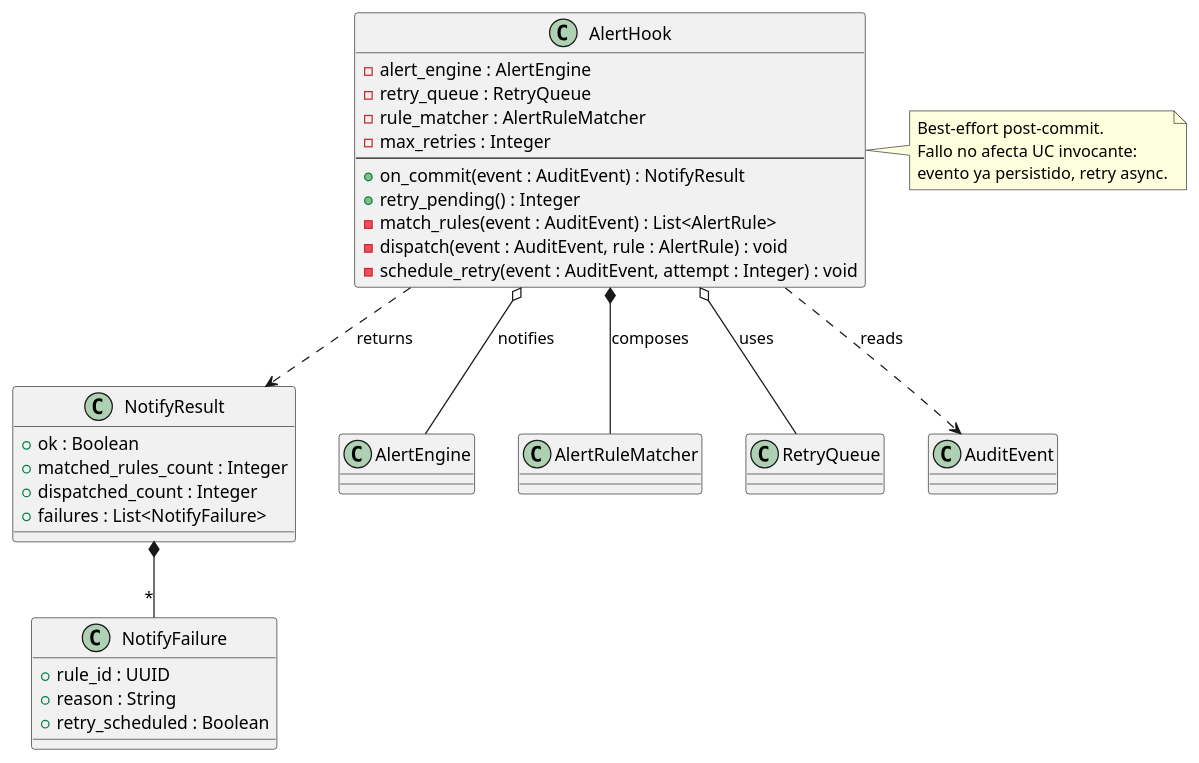
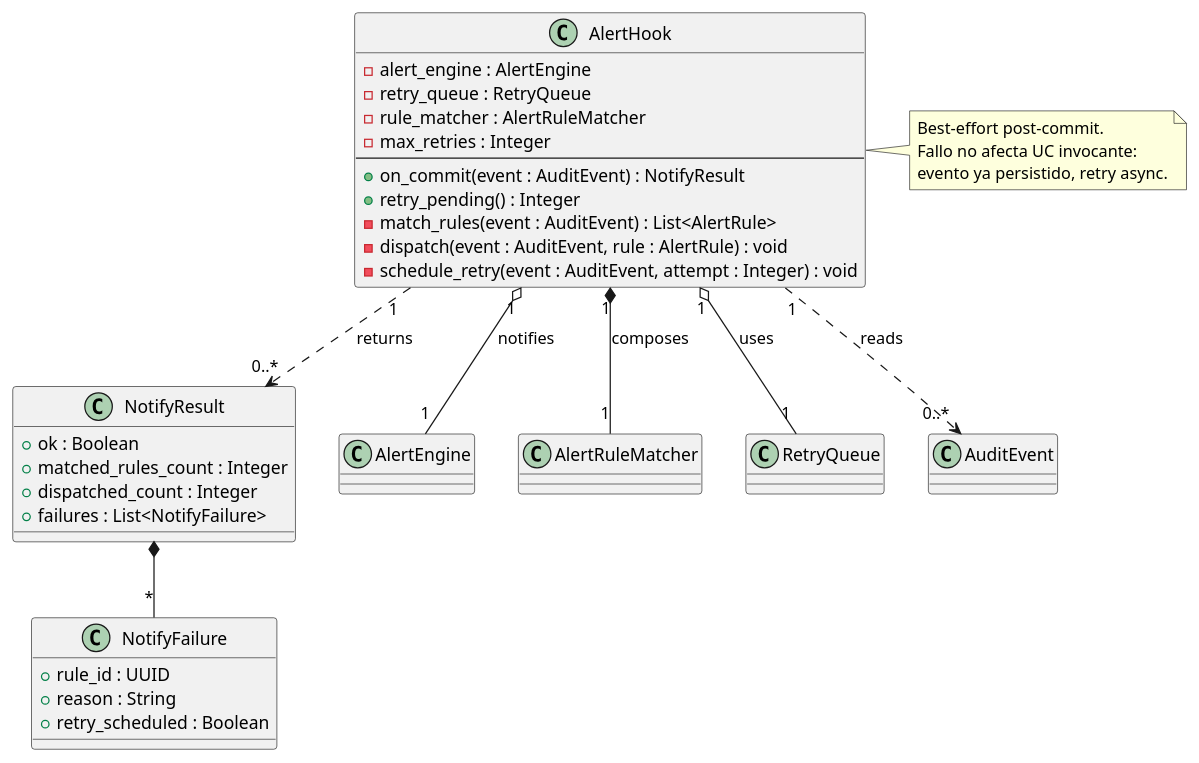
Before and after one commit to jcg-admin/IACT-docs: the diagram in source/arquitectura-tecnica/domain-model/alert-hook.rst, drawn with PlantUML. The commit also changed 44 other files, not shown here.

First line of the commit message:
Apply UML rigor pass batch 3: sweep multiplicities + checklist

```diff
--- a/source/arquitectura-tecnica/domain-model/alert-hook.rst
+++ b/source/arquitectura-tecnica/domain-model/alert-hook.rst
@@ -31,51 +31,51 @@
 .. uml::
  :caption: Clase AlertHook — puente Audit → Alerts disparado
            post-commit.
 
  @startuml
 
  class AlertHook {
    - alert_engine : AlertEngine
    - retry_queue : RetryQueue
    - rule_matcher : AlertRuleMatcher
    - max_retries : Integer
    --
    + on_commit(event : AuditEvent) : NotifyResult
    + retry_pending() : Integer
    - match_rules(event : AuditEvent) : List<AlertRule>
    - dispatch(event : AuditEvent, rule : AlertRule) : void
    - schedule_retry(event : AuditEvent, attempt : Integer) : void
  }
 
  class NotifyResult {
    + ok : Boolean
    + matched_rules_count : Integer
    + dispatched_count : Integer
    + failures : List<NotifyFailure>
  }
 
  class NotifyFailure {
    + rule_id : UUID
    + reason : String
    + retry_scheduled : Boolean
  }
 
  class AlertEngine
  class AlertRuleMatcher
  class RetryQueue
  class AuditEvent
 
- AlertHook o-- AlertEngine : notifies
- AlertHook *-- AlertRuleMatcher : composes
- AlertHook o-- RetryQueue : uses
- AlertHook ..> AuditEvent : reads
- AlertHook ..> NotifyResult : returns
+ AlertHook "1" o-- "1" AlertEngine : notifies
+ AlertHook "1" *-- "1" AlertRuleMatcher : composes
+ AlertHook "1" o-- "1" RetryQueue : uses
+ AlertHook "1" ..> "0..*" AuditEvent : reads
+ AlertHook "1" ..> "0..*" NotifyResult : returns
  NotifyResult *-- "*" NotifyFailure
 
  note right of AlertHook
    Best-effort post-commit.
    Fallo no afecta UC invocante:
    evento ya persistido, retry async.
  end note
 
  @enduml
```
